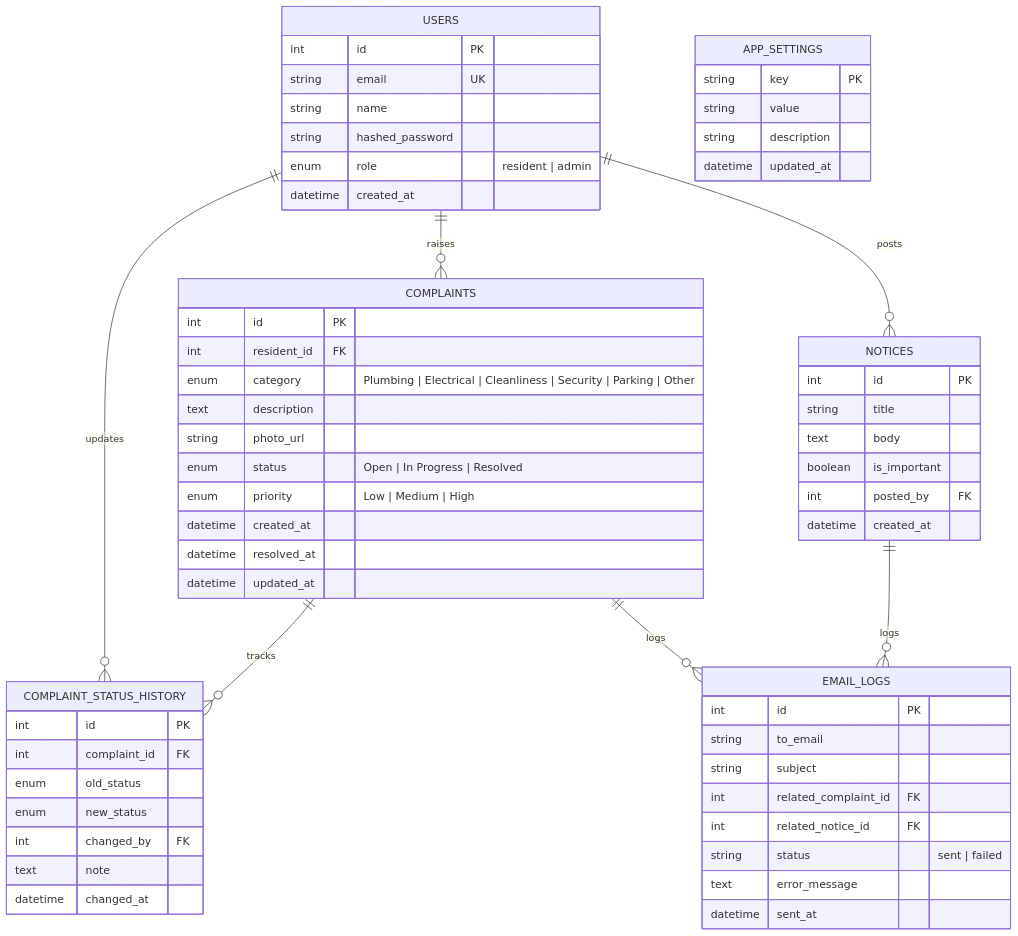
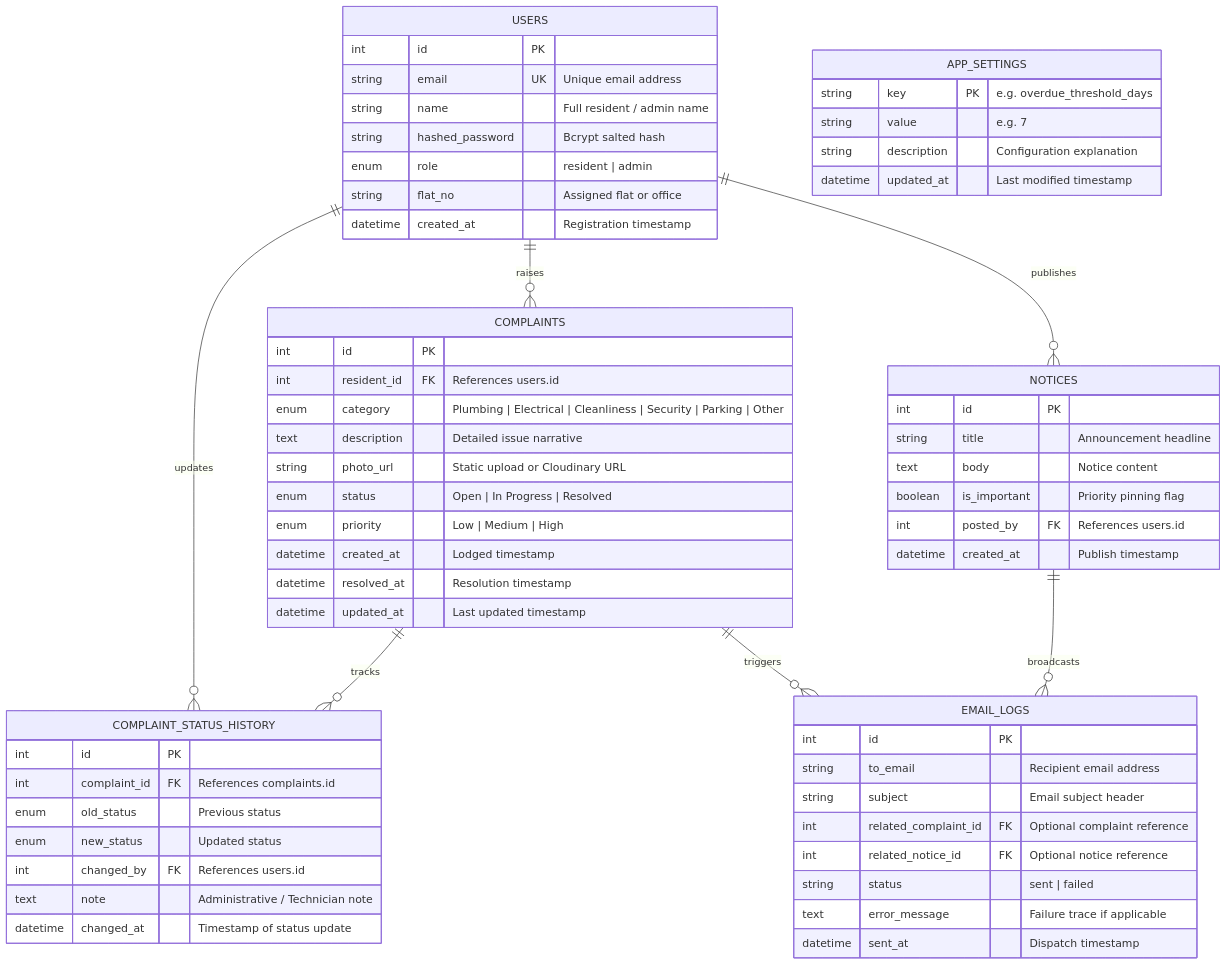
Before and after one commit to Nikhil9897/Society-Maintenance-Tracker: the third of 3 diagrams in README.md, drawn with Mermaid. The commit also changed other lines of this file and 1 other file, not shown here.

````diff
--- a/README.md
+++ b/README.md
@@ -123,68 +197,69 @@
 ```mermaid
 erDiagram
     USERS ||--o{ COMPLAINTS : "raises"
     USERS ||--o{ COMPLAINT_STATUS_HISTORY : "updates"
-    USERS ||--o{ NOTICES : "posts"
+    USERS ||--o{ NOTICES : "publishes"
     COMPLAINTS ||--o{ COMPLAINT_STATUS_HISTORY : "tracks"
-    COMPLAINTS ||--o{ EMAIL_LOGS : "logs"
-    NOTICES ||--o{ EMAIL_LOGS : "logs"
+    COMPLAINTS ||--o{ EMAIL_LOGS : "triggers"
+    NOTICES ||--o{ EMAIL_LOGS : "broadcasts"
 
     USERS {
         int id PK
-        string email UK
-        string name
-        string hashed_password
+        string email UK "Unique email address"
+        string name "Full resident / admin name"
+        string hashed_password "Bcrypt salted hash"
         enum role "resident | admin"
-        datetime created_at
+        string flat_no "Assigned flat or office"
+        datetime created_at "Registration timestamp"
     }
 
     COMPLAINTS {
         int id PK
-        int resident_id FK
+        int resident_id FK "References users.id"
         enum category "Plumbing | Electrical | Cleanliness | Security | Parking | Other"
-        text description
-        string photo_url
+        text description "Detailed issue narrative"
+        string photo_url "Static upload or Cloudinary URL"
         enum status "Open | In Progress | Resolved"
         enum priority "Low | Medium | High"
-        datetime created_at
-        datetime resolved_at
-        datetime updated_at
+        datetime created_at "Lodged timestamp"
+        datetime resolved_at "Resolution timestamp"
+        datetime updated_at "Last updated timestamp"
     }
 
     COMPLAINT_STATUS_HISTORY {
         int id PK
-        int complaint_id FK
-        enum old_status
-        enum new_status
-        int changed_by FK
-        text note
-        datetime changed_at
+        int complaint_id FK "References complaints.id"
+        enum old_status "Previous status"
+        enum new_status "Updated status"
+        int changed_by FK "References users.id"
+        text note "Administrative / Technician note"
+        datetime changed_at "Timestamp of status update"
     }
 
     NOTICES {
         int id PK
-        string title
-        text body
-        boolean is_important
-        int posted_by FK
-        datetime created_at
+        string title "Announcement headline"
+        text body "Notice content"
+        boolean is_important "Priority pinning flag"
+        int posted_by FK "References users.id"
+        datetime created_at "Publish timestamp"
     }
 
     APP_SETTINGS {
-        string key PK
-        string value
-        string description
-        datetime updated_at
+        string key PK "e.g. overdue_threshold_days"
+        string value "e.g. 7"
+        string description "Configuration explanation"
+        datetime updated_at "Last modified timestamp"
     }
 
     EMAIL_LOGS {
         int id PK
-        string to_email
-        string subject
-        int related_complaint_id FK
-        int related_notice_id FK
+        string to_email "Recipient email address"
+        string subject "Email subject header"
+        int related_complaint_id FK "Optional complaint reference"
+        int related_notice_id FK "Optional notice reference"
         string status "sent | failed"
-        text error_message
-        datetime sent_at
+        text error_message "Failure trace if applicable"
+        datetime sent_at "Dispatch timestamp"
     }
 ```
````
